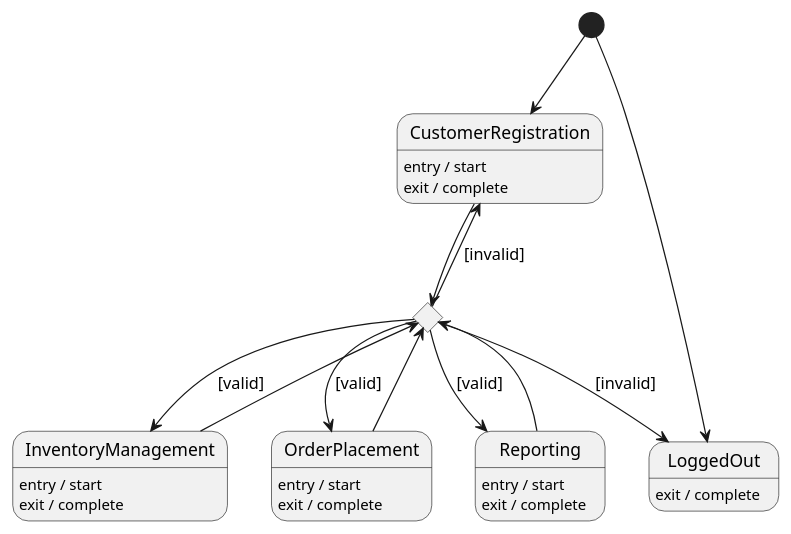
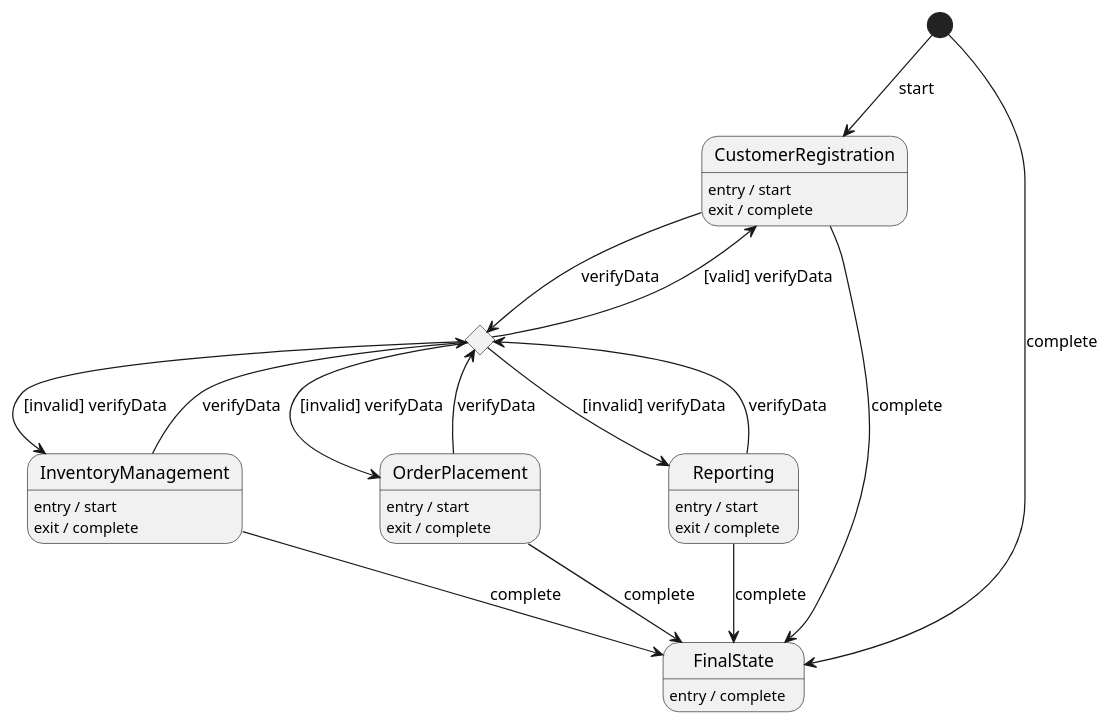
The diagram in results/plantuml_pipeline_run2/runs/open_source__qwen25_7b_instruct__rag_validation_generator_critic_repair/case_02_inventory/run_01.repair_01.puml (maimunafaria/State_transition_Diagram_generated_by_LLM), drawn with PlantUML before and after one commit. The commit also changed 148 other files, not shown here.

```diff
--- a/results/plantuml_pipeline_run2/runs/open_source__qwen25_7b_instruct__rag_validation_generator_critic_repair/case_02_inventory/run_01.repair_01.puml
+++ b/results/plantuml_pipeline_run2/runs/open_source__qwen25_7b_instruct__rag_validation_generator_critic_repair/case_02_inventory/run_01.repair_01.puml
@@ -1,39 +1,42 @@
 @startuml
 
-[*] --> CustomerRegistration
+[*] --> CustomerRegistration : start
 
 state CustomerRegistration
 CustomerRegistration : entry / start
 CustomerRegistration : exit / complete
 
 state InventoryManagement
 InventoryManagement : entry / start
 InventoryManagement : exit / complete
 
 state OrderPlacement
 OrderPlacement : entry / start
 OrderPlacement : exit / complete
 
 state Reporting
 Reporting : entry / start
 Reporting : exit / complete
 
 state LoginDecision <<choice>>
-CustomerRegistration --> LoginDecision
-InventoryManagement --> LoginDecision
-OrderPlacement --> LoginDecision
-Reporting --> LoginDecision
+CustomerRegistration --> LoginDecision : verifyData
+InventoryManagement --> LoginDecision : verifyData
+OrderPlacement --> LoginDecision : verifyData
+Reporting --> LoginDecision : verifyData
 
-LoginDecision --> CustomerRegistration : [invalid]
-LoginDecision --> InventoryManagement : [valid]
-LoginDecision --> OrderPlacement : [valid]
-LoginDecision --> Reporting : [valid]
+LoginDecision --> CustomerRegistration : [valid] verifyData
+LoginDecision --> InventoryManagement : [invalid] verifyData
+LoginDecision --> OrderPlacement : [invalid] verifyData
+LoginDecision --> Reporting : [invalid] verifyData
 
-state LoggedOut
-LoggedOut : exit / complete
+state FinalState
+FinalState : entry / complete
 
-LoginDecision --> LoggedOut : [invalid]
+CustomerRegistration --> FinalState : complete
+InventoryManagement --> FinalState : complete
+OrderPlacement --> FinalState : complete
+Reporting --> FinalState : complete
 
-[*] --> LoggedOut
+[*] --> FinalState : complete
 
 @enduml
```
